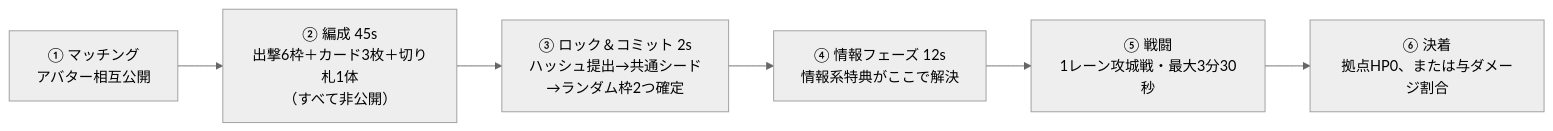
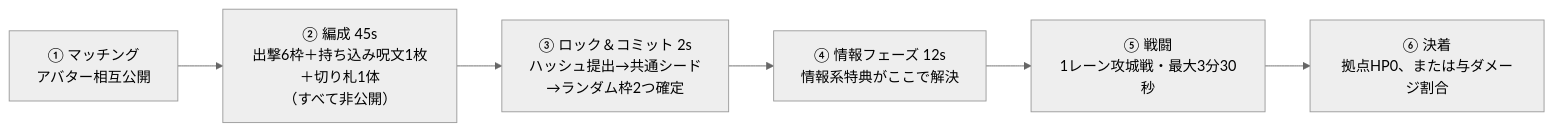
Before and after one commit to shogodayo0210-oss/-: the diagram in game/README.md, drawn with Mermaid (neutral theme). The commit also changed other lines of this file and 15 other files, not shown here.

````diff
--- a/game/README.md
+++ b/game/README.md
@@ -53,8 +53,8 @@
 ```mermaid
 flowchart LR
-  A["① マッチング<br/>アバター相互公開"] --> B["② 編成 45s<br/>出撃6枠＋カード3枚＋切り札1体<br/>（すべて非公開）"]
+  A["① マッチング<br/>アバター相互公開"] --> B["② 編成 45s<br/>出撃6枠＋持ち込み呪文1枚＋切り札1体<br/>（すべて非公開）"]
   B --> C["③ ロック＆コミット 2s<br/>ハッシュ提出→共通シード<br/>→ランダム枠2つ確定"]
   C --> D["④ 情報フェーズ 12s<br/>情報系特典がここで解決"]
   D --> E["⑤ 戦闘<br/>1レーン攻城戦・最大3分30秒"]
   E --> F["⑥ 決着<br/>拠点HP0、または与ダメージ割合"]
 ```
````
